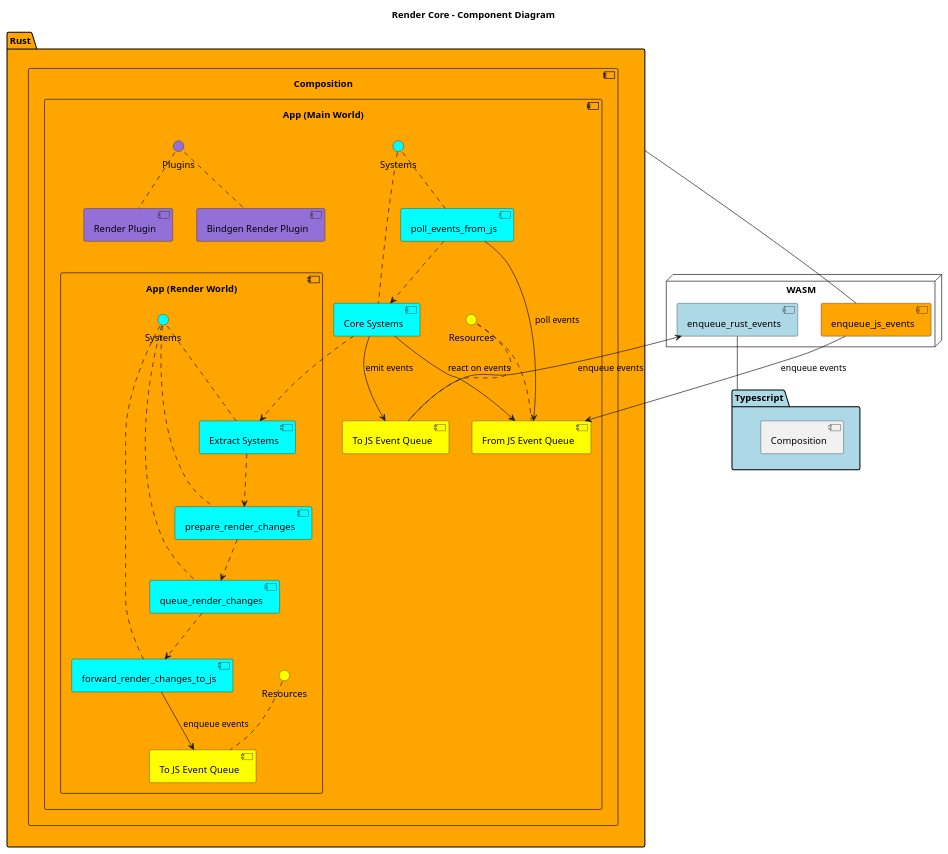
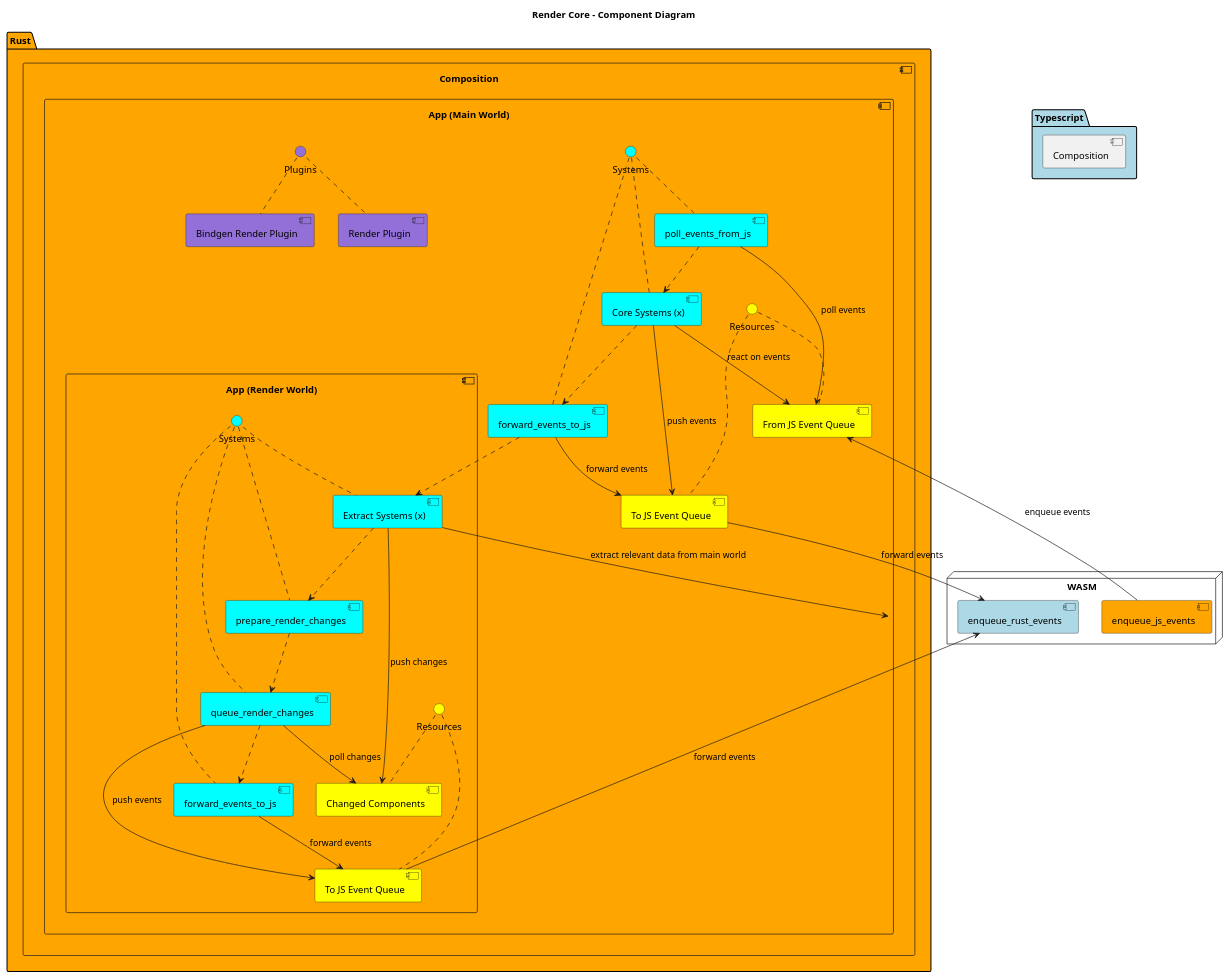
One commit to dyn-art/monorepo changed the diagram in packages/dtom/resources/components-diagram.puml. Above: the diagram before and after it, drawn with PlantUML. The commit also changed 5 other files, not shown here.

```diff
--- a/packages/dtom/resources/components-diagram.puml
+++ b/packages/dtom/resources/components-diagram.puml
@@ -1,88 +1,99 @@
 @startuml
 
 skinparam componentStyle uml2
 title Render Core - Component Diagram
 
 package "Rust" as Rust #Orange {
 
     component Composition {
     
         component "App (Main World)" as App { 
             () Resources #Yellow
             () Systems #Cyan
             () Plugins #MediumPurple
 
             component "Render Plugin" as RenderPlugin #MediumPurple
             component "Bindgen Render Plugin" as BindgenRenderPlugin #MediumPurple
             component "From JS Event Queue" as FromJsEventQueue #Yellow
             component "To JS Event Queue" as ToJsEventQueue #Yellow
             component "poll_events_from_js" as PollEventsFromJsSystem #Cyan
-            component "Core Systems" as CoreSystems #Cyan
+            component "Core Systems (x)" as CoreSystems #Cyan
+            component "forward_events_to_js" as ForwardEventsToJs #Cyan
 
             component "App (Render World)" as RenderApp {
                 () "Resources" as ResourcesRenderApp #Yellow
                 () "Systems" as SystemsRenderApp #Cyan
 
                 component "To JS Event Queue" as ToJsEventQueueRenderApp #Yellow
-                component "Extract Systems" as ExtractSystemsRenderApp  #Cyan
+                component "Changed Components" as ChangedComponentsRenderApp #Yellow
+                component "Extract Systems (x)" as ExtractSystemsRenderApp  #Cyan
                 component "prepare_render_changes" as PrepareRenderChangesSystemRenderApp #Cyan
                 component "queue_render_changes" as QueueRenderChangesSystemRenderApp #Cyan
-                component "forward_render_changes_to_js" as ForwardRenderChangesToJsSystemRenderApp #Cyan
+                component "forward_events_to_js" as ForwardEventsToJsRenderApp #Cyan
             }
         }
 
     }
   
 }
 
 node "WASM" as WASM {
     component "enqueue_js_events" as EnqueueJsEvents #Orange
     component "enqueue_rust_events" as EnqueueRustEvents #LightBlue
 }
 
 package "Typescript" as Typescript #LightBlue {
     component "Composition" as TComposition
 }
 
     ' WASM function
-    EnqueueJsEvents -- Rust
-    EnqueueRustEvents -- Typescript
+    EnqueueJsEvents --> FromJsEventQueue : enqueue events
 
     ' Main App
     Plugins .. RenderPlugin
     Plugins .. BindgenRenderPlugin
     Resources .. ToJsEventQueue
     Resources .. FromJsEventQueue
-    ResourcesRenderApp .. ToJsEventQueueRenderApp
     Systems .. PollEventsFromJsSystem
     Systems .. CoreSystems
+    Systems ..ForwardEventsToJs
 
     ' Render App
+    ResourcesRenderApp .. ToJsEventQueueRenderApp
+    ResourcesRenderApp .. ChangedComponentsRenderApp
     SystemsRenderApp .. ExtractSystemsRenderApp
     SystemsRenderApp .. PrepareRenderChangesSystemRenderApp
     SystemsRenderApp .. QueueRenderChangesSystemRenderApp
-    SystemsRenderApp .. ForwardRenderChangesToJsSystemRenderApp
+    SystemsRenderApp .. ForwardEventsToJsRenderApp
   
     ' Systems
-    ForwardRenderChangesToJsSystemRenderApp --> ToJsEventQueueRenderApp : enqueue events
+    ForwardEventsToJsRenderApp --> ToJsEventQueueRenderApp : forward events
+    QueueRenderChangesSystemRenderApp --> ToJsEventQueueRenderApp : push events
     PollEventsFromJsSystem --> FromJsEventQueue : poll events
-    CoreSystems --> ToJsEventQueue : emit events
+    CoreSystems --> ToJsEventQueue : push events
     CoreSystems --> FromJsEventQueue : react on events
-    EnqueueJsEvents --> FromJsEventQueue : enqueue events
-    ToJsEventQueue --> EnqueueRustEvents : enqueue events
+    ForwardEventsToJs --> ToJsEventQueue : forward events
+    ExtractSystemsRenderApp --> App : extract relevant data from main world
+    ExtractSystemsRenderApp --> ChangedComponentsRenderApp : push changes
+    QueueRenderChangesSystemRenderApp --> ChangedComponentsRenderApp : poll changes
 
     ' Systems Order
     PollEventsFromJsSystem ..> CoreSystems
-    CoreSystems ..> ExtractSystemsRenderApp
+    CoreSystems ..> ForwardEventsToJs
+    ForwardEventsToJs ..> ExtractSystemsRenderApp
     ExtractSystemsRenderApp ..> PrepareRenderChangesSystemRenderApp
     PrepareRenderChangesSystemRenderApp ..> QueueRenderChangesSystemRenderApp
-    QueueRenderChangesSystemRenderApp ..> ForwardRenderChangesToJsSystemRenderApp
+    QueueRenderChangesSystemRenderApp ..> ForwardEventsToJsRenderApp
+
+    ' Resources
+    ToJsEventQueue --> EnqueueRustEvents : forward events
+    ToJsEventQueueRenderApp --> EnqueueRustEvents : forward events
 
     ' Plugins Registration
     ' RenderPlugin --> RenderApp : create
     ' BindgenRenderPlugin --> ExtractSystemsRenderApp : register
     ' BindgenRenderPlugin --> PrepareRenderChangesSystemRenderApp : register
     ' BindgenRenderPlugin --> QueueRenderChangesSystemRenderApp : register
-    ' BindgenRenderPlugin --> ForwardRenderChangesToJsSystemRenderApp : register
+    ' BindgenRenderPlugin --> ForwardEventsToJsRenderApp : register
 
 @enduml
```
